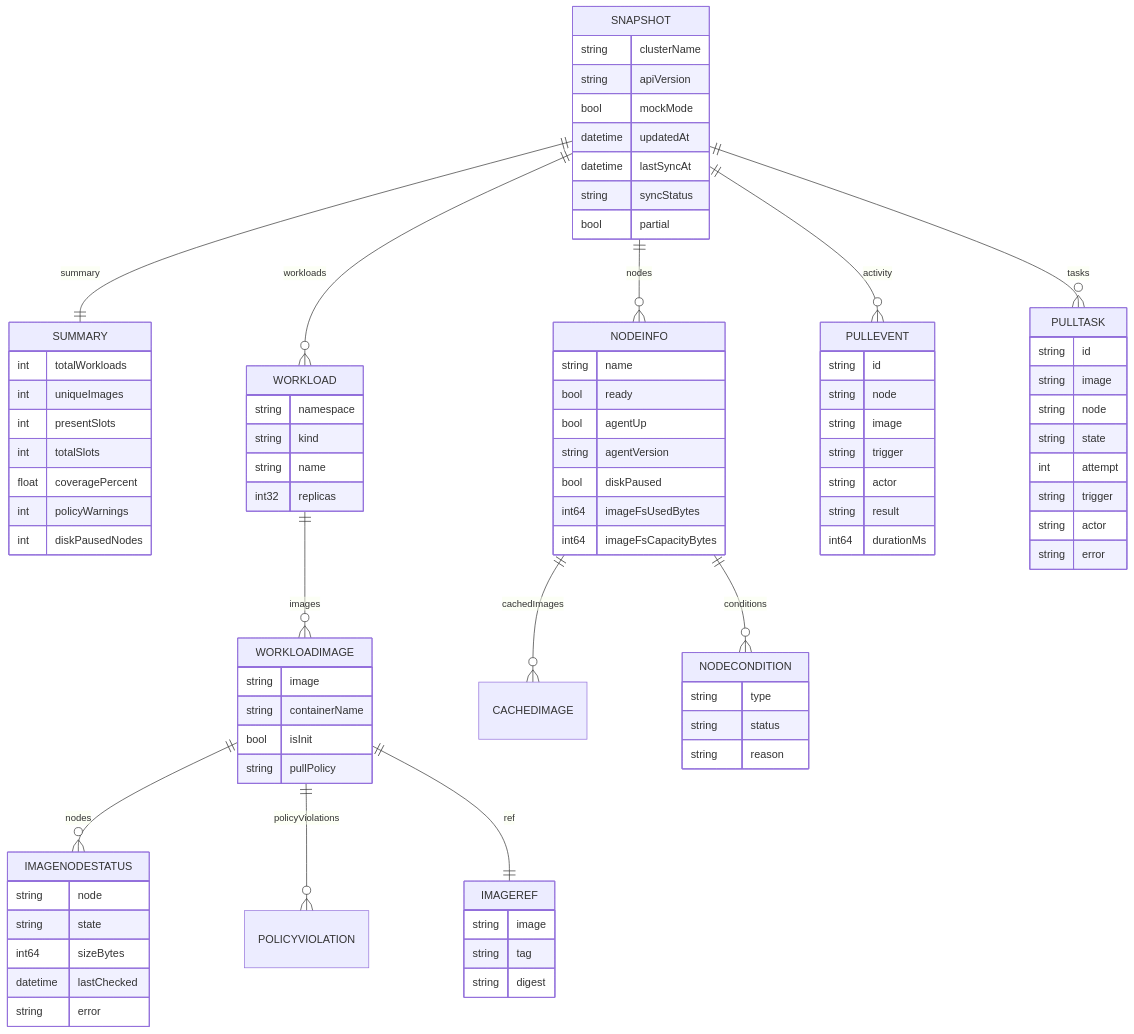
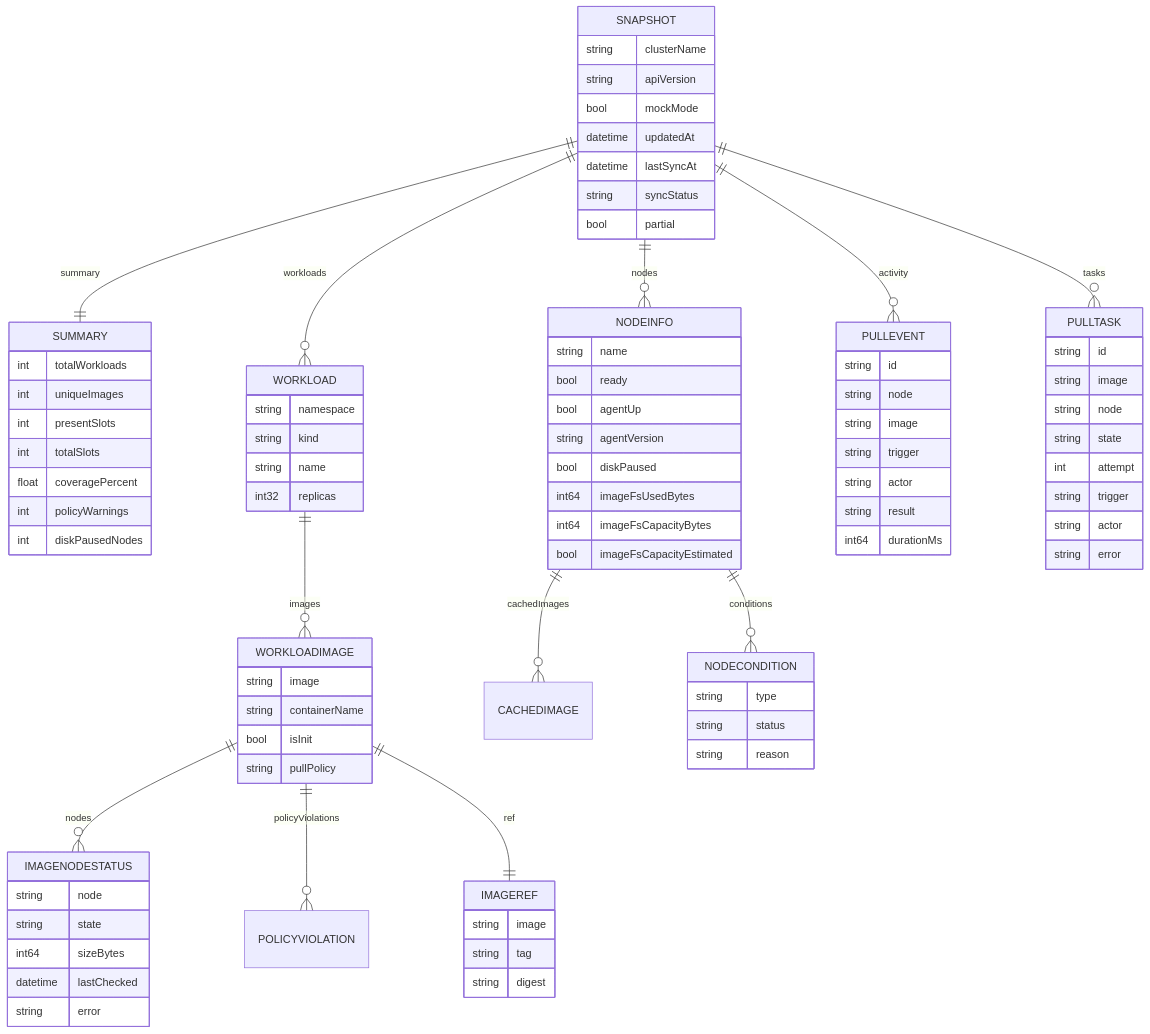
One commit to vasyakrg/image-prepuller changed the eighth of 12 diagrams in docs/architecture.md. Above: the diagram before and after it, drawn with Mermaid. The commit also changed other lines of this file and 20 other files, not shown here.

```diff
--- a/docs/architecture.md
+++ b/docs/architecture.md
@@ -474,6 +474,7 @@
         bool diskPaused
         int64 imageFsUsedBytes
         int64 imageFsCapacityBytes
+        bool imageFsCapacityEstimated
     }
     PULLEVENT {
         string id
```
